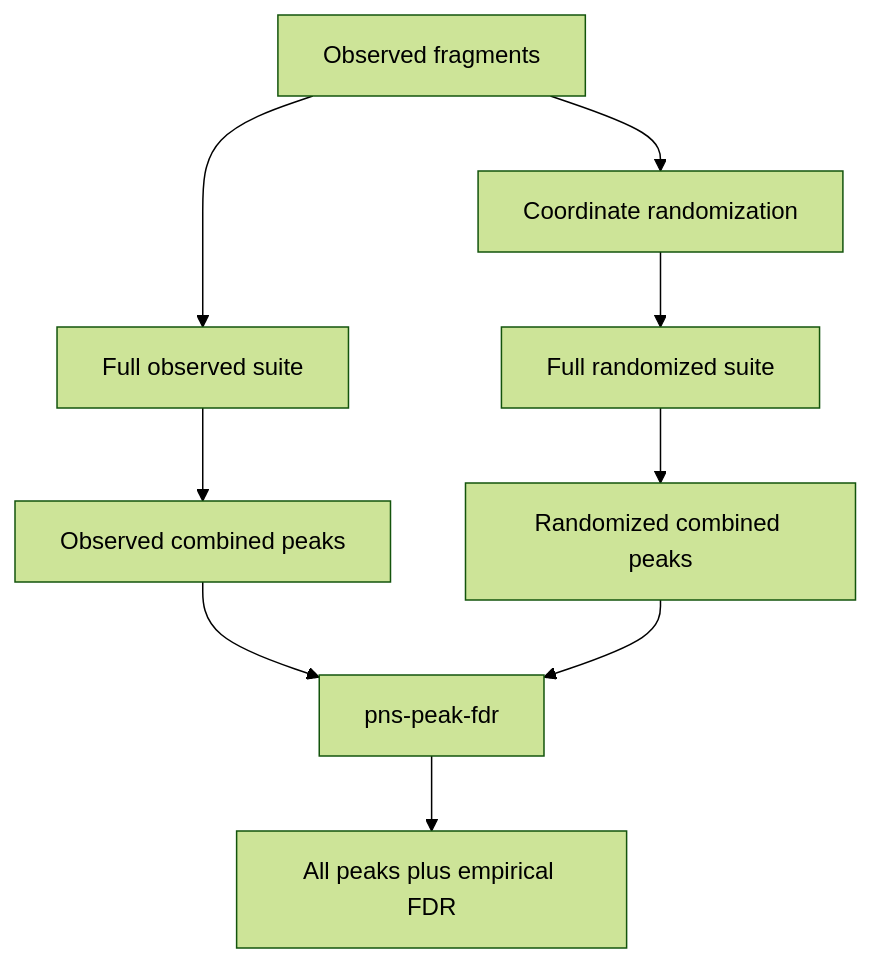
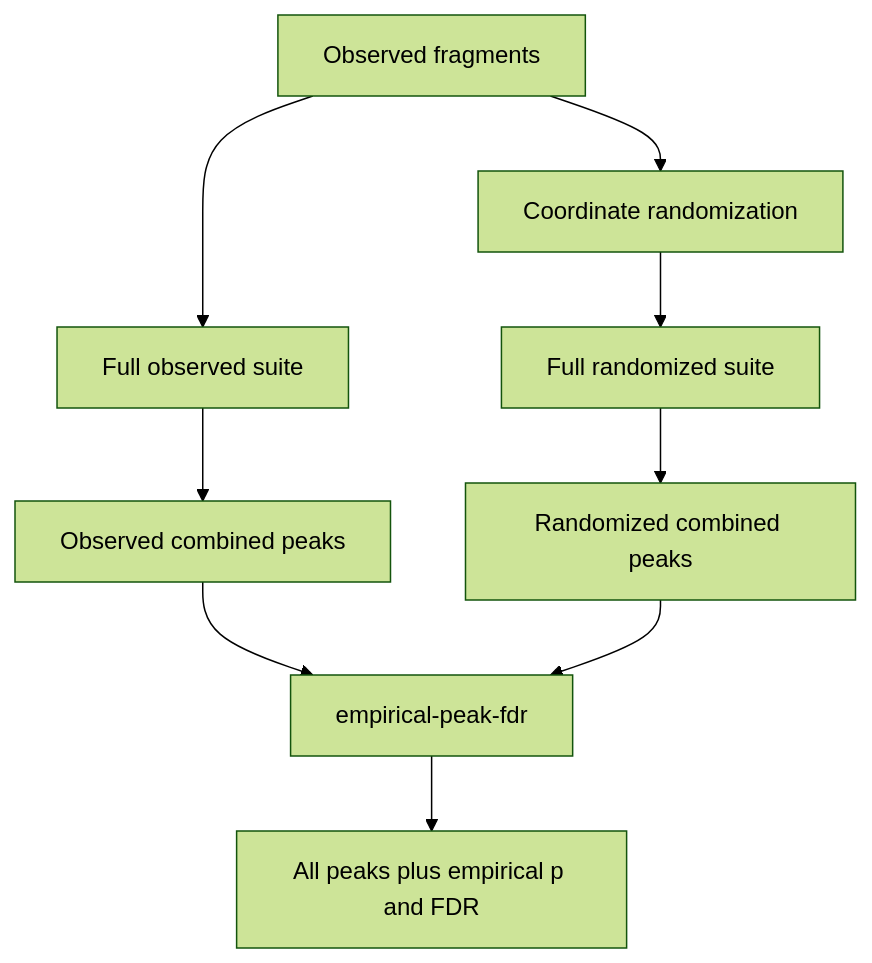
Before and after one commit to adjohnston85/NucleoSuite: the second of 18 diagrams in docs/WORKFLOWS.md, drawn with Mermaid (forest theme). The commit also changed other lines of this file and 36 other files, not shown here.

````diff
--- a/docs/WORKFLOWS.md
+++ b/docs/WORKFLOWS.md
@@ -43,11 +43,11 @@
 ```mermaid
 flowchart TB
     A[Observed fragments] --> B[Full observed suite]
     A --> C[Coordinate randomization]
     C --> D[Full randomized suite]
     B --> E[Observed combined peaks]
     D --> F[Randomized combined peaks]
-    E --> G[pns-peak-fdr]
+    E --> G[empirical-peak-fdr]
     F --> G
-    G --> H[All peaks plus empirical FDR]
+    G --> H[All peaks plus empirical p and FDR]
 ```
````
